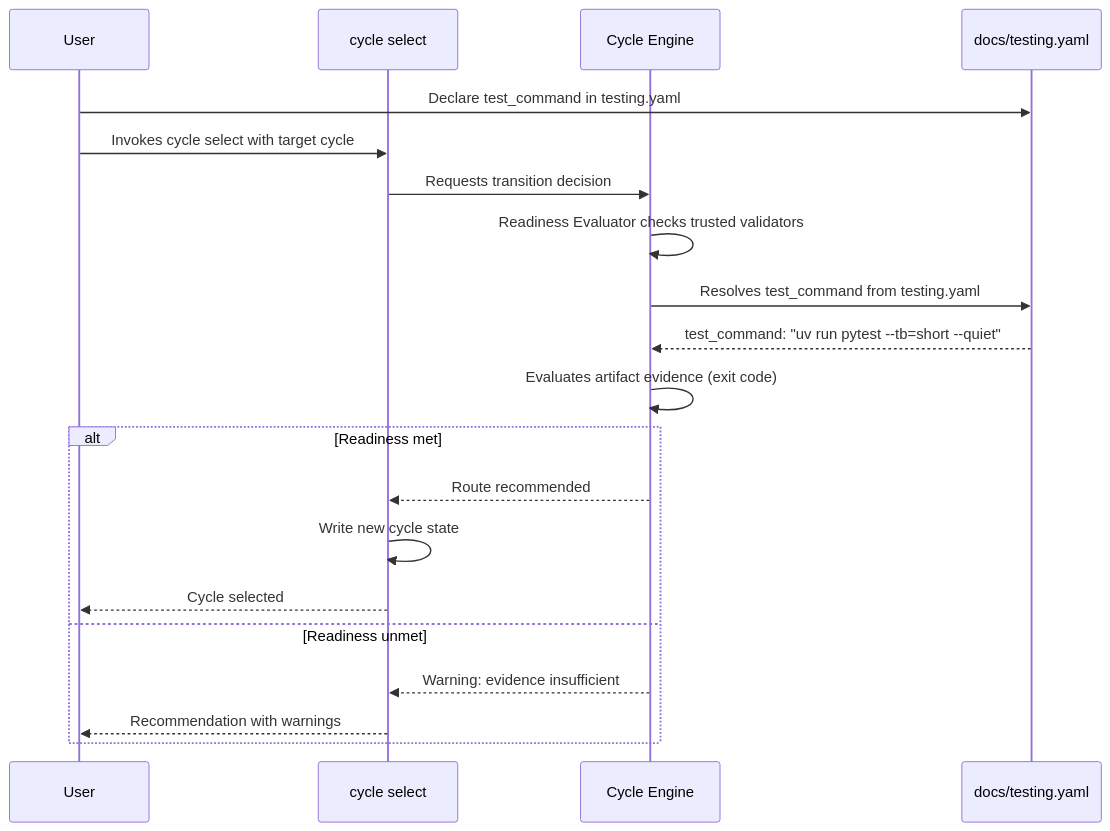
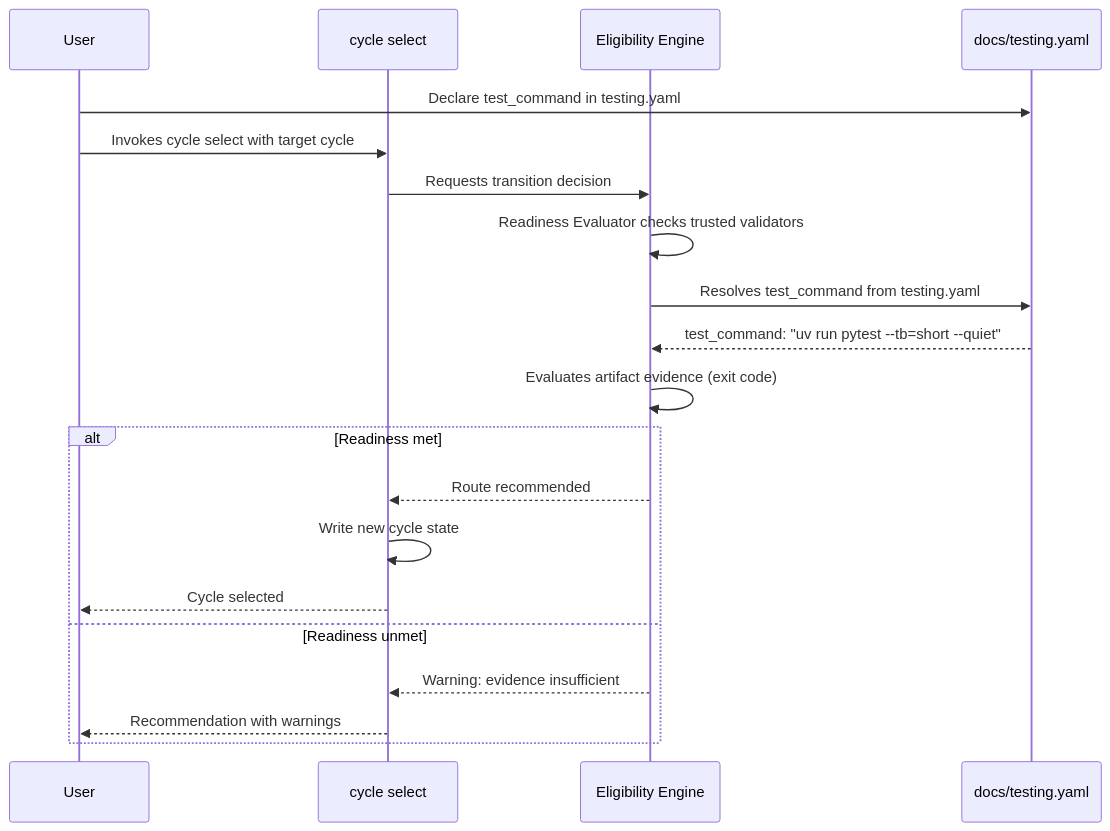
The second of 10 diagrams in docs/arc42/06_runtime_view.md (matthiasdaues/agent_factory), drawn with Mermaid before and after one commit. The commit also changed other lines of this file and 85 other files, not shown here.

````diff
--- a/docs/arc42/06_runtime_view.md
+++ b/docs/arc42/06_runtime_view.md
@@ -76,23 +49,23 @@
 ```mermaid
 sequenceDiagram
     participant H as User
     participant CS as cycle select
-    participant CE as Cycle Engine
+    participant EE as Eligibility Engine
     participant C as docs/testing.yaml
 
     H->>C: Declare test_command in testing.yaml
     H->>CS: Invokes cycle select with target cycle
-    CS->>CE: Requests transition decision
-    CE->>CE: Readiness Evaluator checks trusted validators
-    CE->>C: Resolves test_command from testing.yaml
-    C-->>CE: test_command: "uv run pytest --tb=short --quiet"
-    CE->>CE: Evaluates artifact evidence (exit code)
+    CS->>EE: Requests transition decision
+    EE->>EE: Readiness Evaluator checks trusted validators
+    EE->>C: Resolves test_command from testing.yaml
+    C-->>EE: test_command: "uv run pytest --tb=short --quiet"
+    EE->>EE: Evaluates artifact evidence (exit code)
     alt Readiness met
-        CE-->>CS: Route recommended
+        EE-->>CS: Route recommended
         CS->>CS: Write new cycle state
         CS-->>H: Cycle selected
     else Readiness unmet
-        CE-->>CS: Warning: evidence insufficient
+        EE-->>CS: Warning: evidence insufficient
         CS-->>H: Recommendation with warnings
     end
 ```
````
